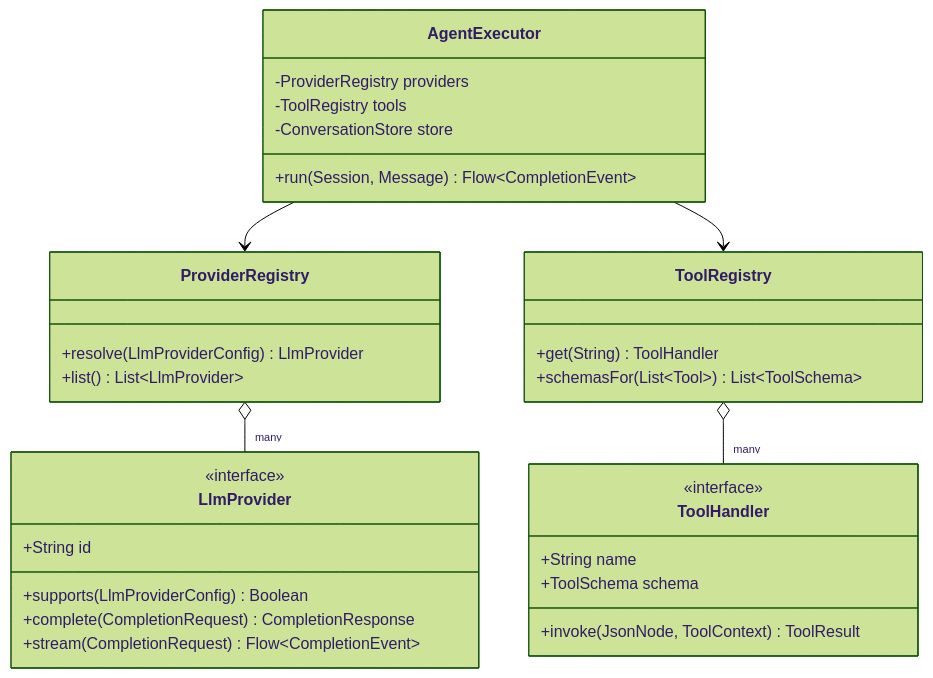
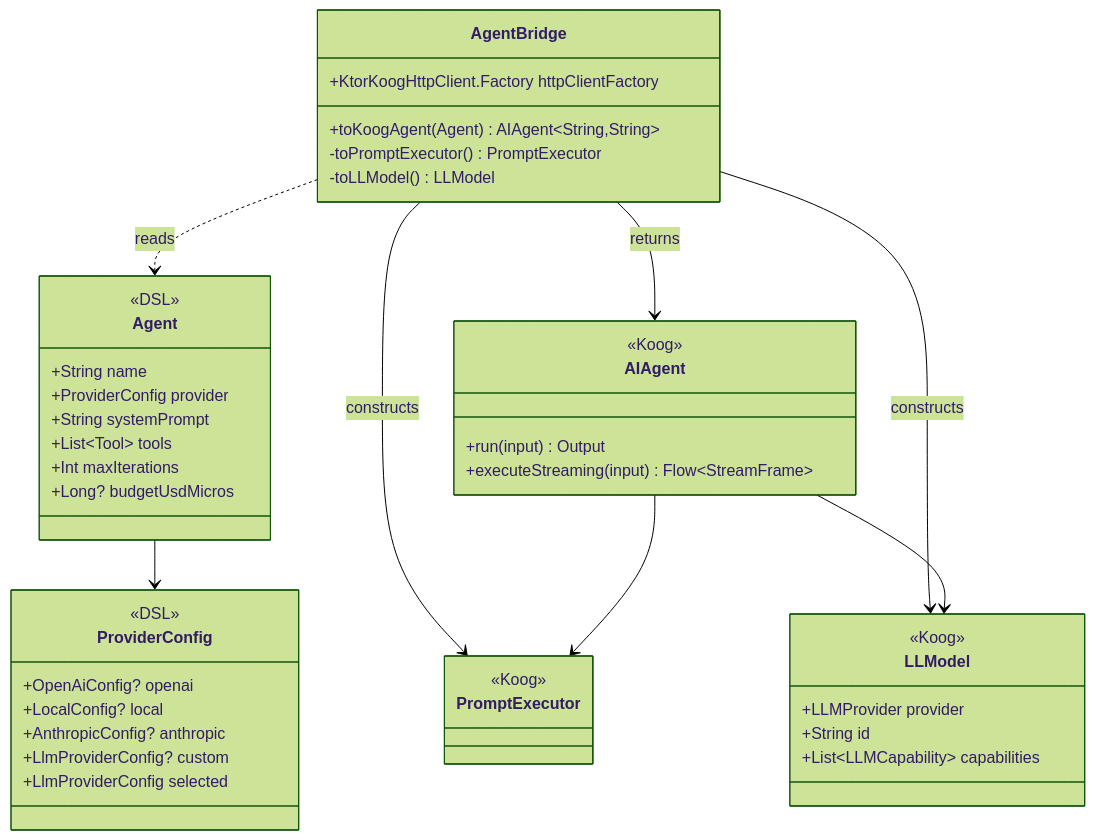
One commit to khorum-oss/ino changed the first of 3 diagrams in docs/engine.md. Above: the diagram before and after it, drawn with Mermaid (forest theme). The commit also changed other lines of this file and 3 other files, not shown here.

Commit message:
Update roadmap and architecture docs to reflect Koog integration replacing custom engine and provider SPIs

````diff
--- a/docs/engine.md
+++ b/docs/engine.md
@@ -24,39 +27,48 @@
 ```mermaid
 classDiagram
-    class LlmProvider {
-        <<interface>>
+    class Agent {
+        <<DSL>>
+        +String name
+        +ProviderConfig provider
+        +String systemPrompt
+        +List~Tool~ tools
+        +Int maxIterations
+        +Long? budgetUsdMicros
+    }
+    class ProviderConfig {
+        <<DSL>>
+        +OpenAiConfig? openai
+        +LocalConfig? local
+        +AnthropicConfig? anthropic
+        +LlmProviderConfig? custom
+        +LlmProviderConfig selected
+    }
+    class AgentBridge {
+        +KtorKoogHttpClient.Factory httpClientFactory
+        +toKoogAgent(Agent) AIAgent~String,String~
+        -toPromptExecutor() PromptExecutor
+        -toLLModel() LLModel
+    }
+    class AIAgent {
+        <<Koog>>
+        +run(input) Output
+        +executeStreaming(input) Flow~StreamFrame~
+    }
+    class PromptExecutor {
+        <<Koog>>
+    }
+    class LLModel {
+        <<Koog>>
+        +LLMProvider provider
         +String id
-        +supports(LlmProviderConfig) Boolean
-        +complete(CompletionRequest) CompletionResponse
-        +stream(CompletionRequest) Flow~CompletionEvent~
+        +List~LLMCapability~ capabilities
     }
 
-    class ToolHandler {
-        <<interface>>
-        +String name
-        +ToolSchema schema
-        +invoke(JsonNode, ToolContext) ToolResult
-    }
-
-    class ProviderRegistry {
-        +resolve(LlmProviderConfig) LlmProvider
-        +list() List~LlmProvider~
-    }
-
-    class ToolRegistry {
-        +get(String) ToolHandler
-        +schemasFor(List~Tool~) List~ToolSchema~
-    }
-
-    class AgentExecutor {
-        -ProviderRegistry providers
-        -ToolRegistry tools
-        -ConversationStore store
-        +run(Session, Message) Flow~CompletionEvent~
-    }
-
-    AgentExecutor --> ProviderRegistry
-    AgentExecutor --> ToolRegistry
-    ProviderRegistry o-- "many" LlmProvider
-    ToolRegistry o-- "many" ToolHandler
+    Agent --> ProviderConfig
+    AgentBridge ..> Agent : reads
+    AgentBridge --> PromptExecutor : constructs
+    AgentBridge --> LLModel : constructs
+    AgentBridge --> AIAgent : returns
+    AIAgent --> PromptExecutor
+    AIAgent --> LLModel
 ```
````
